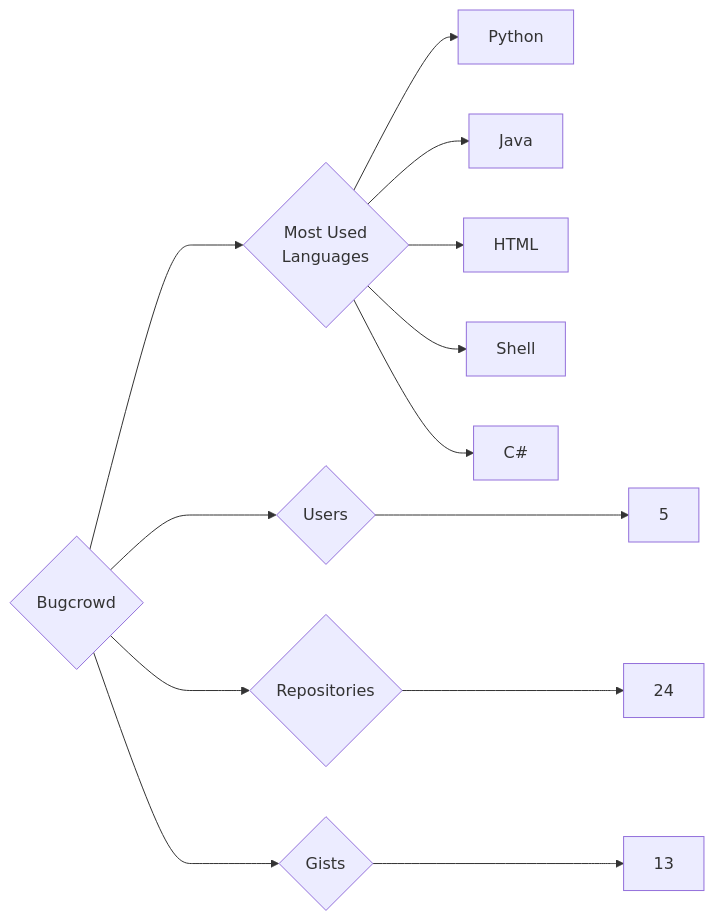
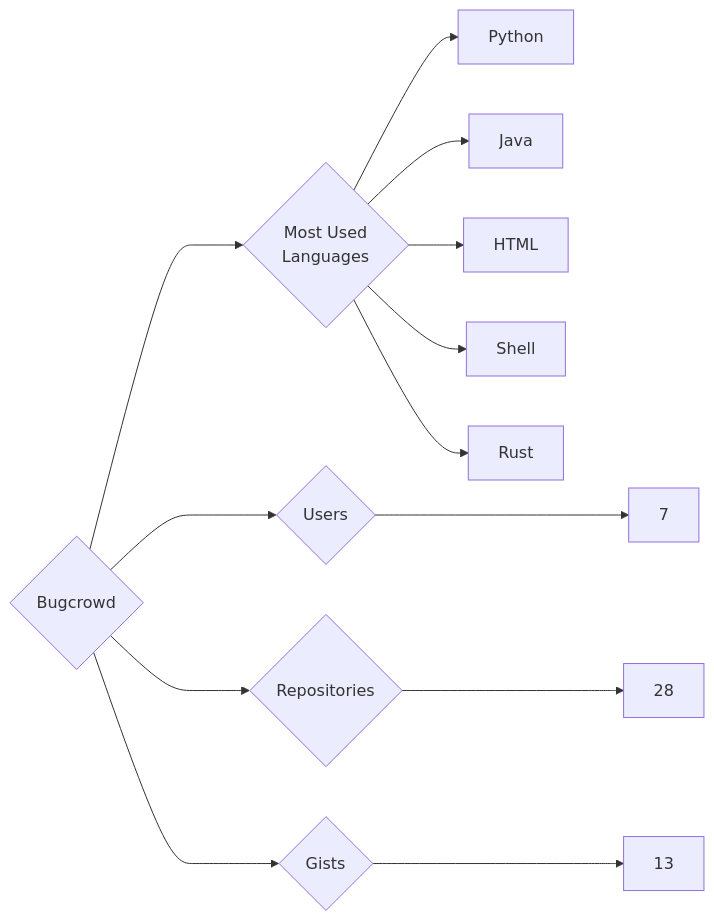
Before and after one commit to trickest/insiders: the diagram in targets/Bugcrowd/README.md, drawn with Mermaid. The commit also changed 938 other files, not shown here.

````diff
--- a/targets/Bugcrowd/README.md
+++ b/targets/Bugcrowd/README.md
@@ -3,13 +3,13 @@
 ```mermaid
 graph LR
 COMPANY_NAME{Bugcrowd}
-COMPANY_NAME ---> U{Users} ---> UN[5]
-COMPANY_NAME ---> R{Repositories} ---> RN[24]
+COMPANY_NAME ---> U{Users} ---> UN[7]
+COMPANY_NAME ---> R{Repositories} ---> RN[28]
 COMPANY_NAME ---> G{Gists} ---> GN[13]
 COMPANY_NAME ---> ML{Most Used<br>Languages}
 ML --> Python[Python]
 ML --> Java[Java]
 ML --> HTML[HTML]
 ML --> Shell[Shell]
-ML --> C#[C#]
+ML --> Rust[Rust]
 ```
````
